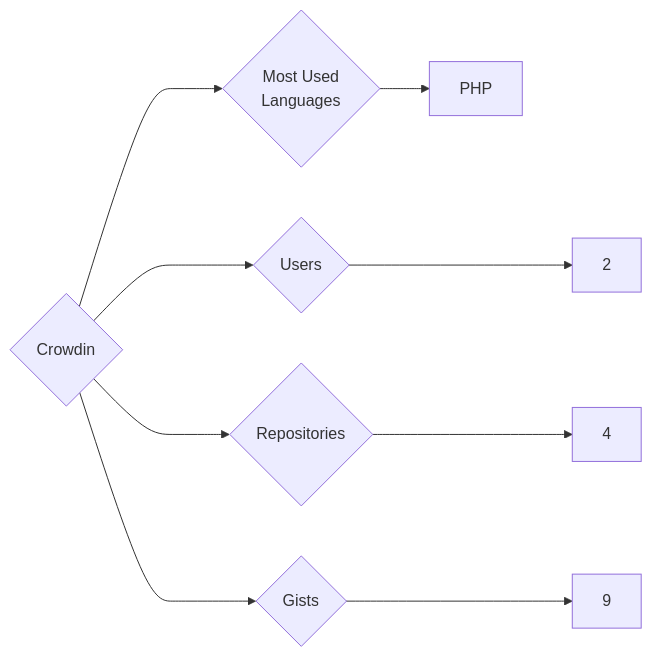
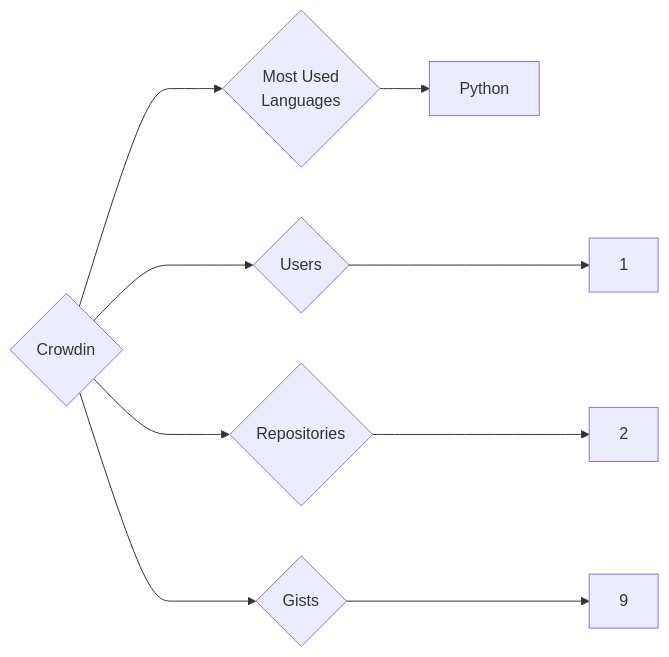
The diagram in targets/Crowdin/README.md (trickest/insiders), drawn with Mermaid before and after one commit. The commit also changed 610 other files, not shown here.

````diff
--- a/targets/Crowdin/README.md
+++ b/targets/Crowdin/README.md
@@ -3,9 +3,9 @@
 ```mermaid
 graph LR
 COMPANY_NAME{Crowdin}
-COMPANY_NAME ---> U{Users} ---> UN[2]
-COMPANY_NAME ---> R{Repositories} ---> RN[4]
+COMPANY_NAME ---> U{Users} ---> UN[1]
+COMPANY_NAME ---> R{Repositories} ---> RN[2]
 COMPANY_NAME ---> G{Gists} ---> GN[9]
 COMPANY_NAME ---> ML{Most Used<br>Languages}
-ML --> PHP[PHP]
+ML --> Python[Python]
 ```
````
